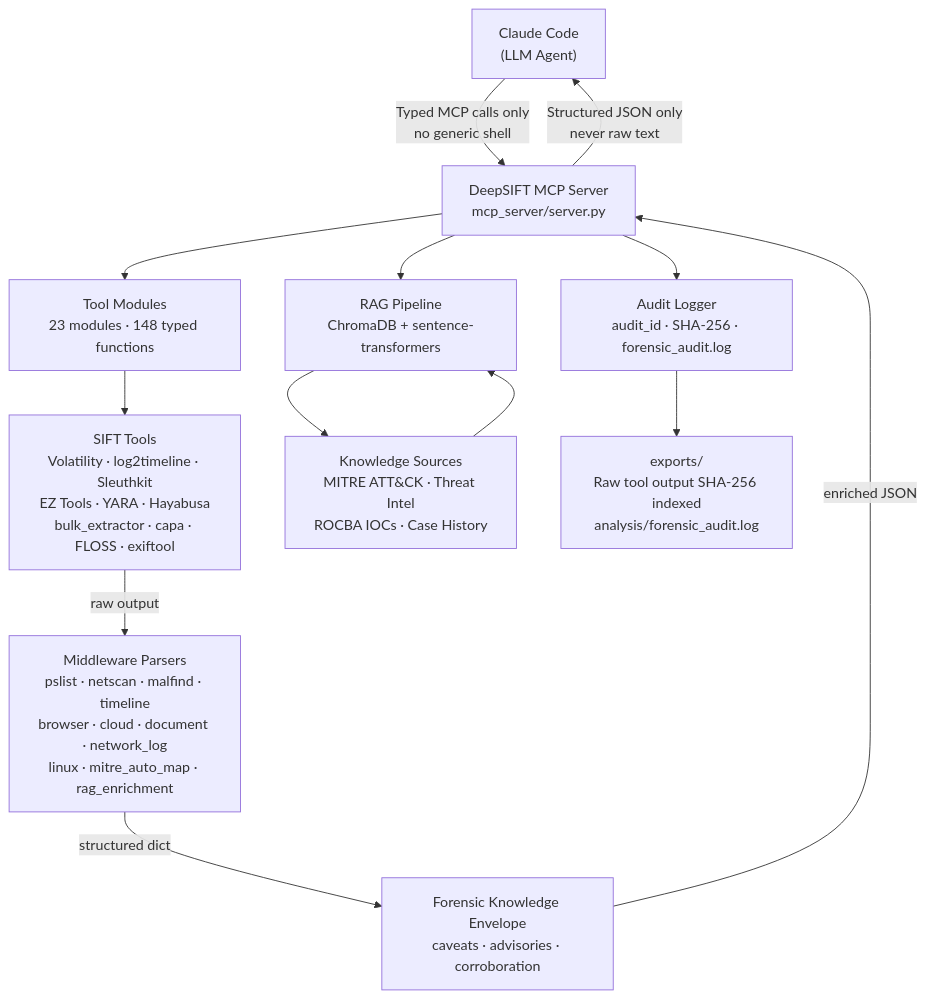
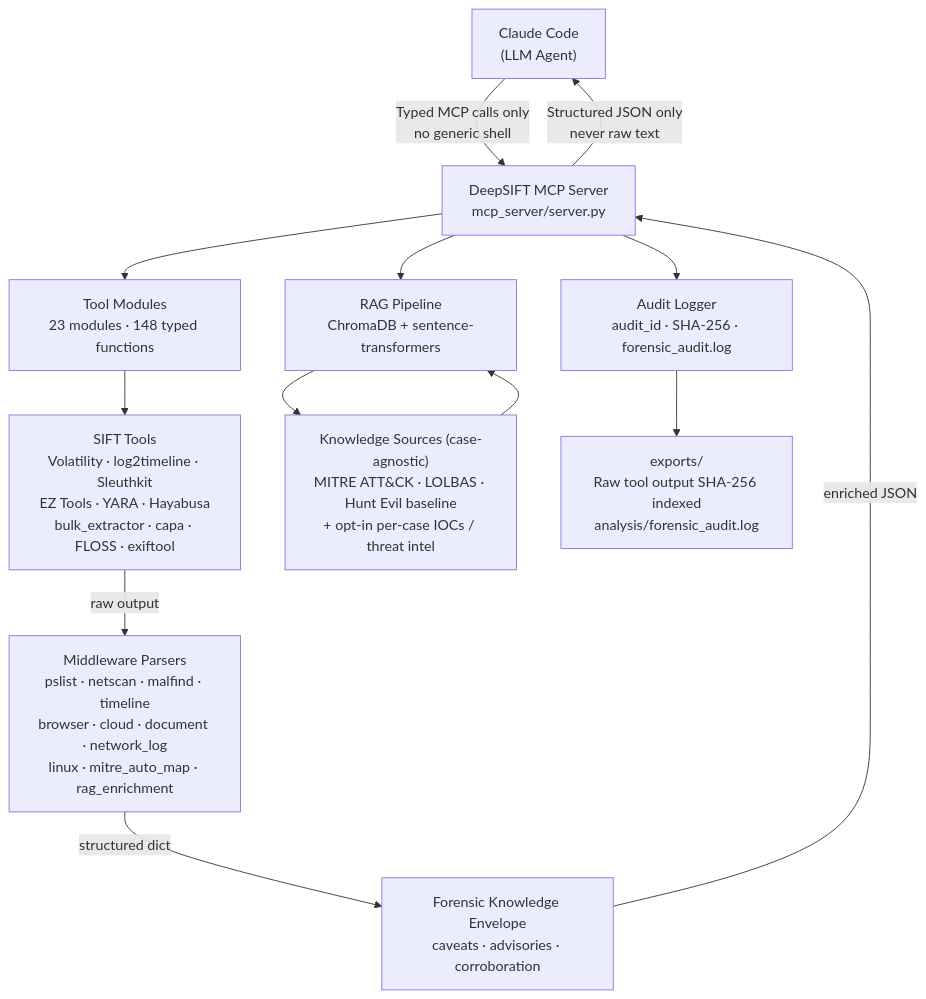
Before and after one commit to ahammadshawki8/DeepSIFT: the first of 4 diagrams in README.md, drawn with Mermaid. The commit also changed other lines of this file and 19 other files, not shown here.

First line of the commit message:
Finalize DeepSIFT for production: case-isolated EZ Tools, dirty-hive registry parsing, case-agnostic RAG

````diff
--- a/README.md
+++ b/README.md
@@ -38,20 +44,20 @@
 ```mermaid
 flowchart TD
     A["Claude Code\n(LLM Agent)"] -->|"Typed MCP calls only\nno generic shell"| B
 
     B["DeepSIFT MCP Server\nmcp_server/server.py"]
     B -->|"Structured JSON only\nnever raw text"| A
 
     B --> C["Tool Modules\n23 modules · 148 typed functions"]
     C --> D["SIFT Tools\nVolatility · log2timeline · Sleuthkit\nEZ Tools · YARA · Hayabusa\nbulk_extractor · capa · FLOSS · exiftool"]
     D -->|"raw output"| E["Middleware Parsers\npslist · netscan · malfind · timeline\nbrowser · cloud · document · network_log\nlinux · mitre_auto_map · rag_enrichment"]
     E -->|"structured dict"| F["Forensic Knowledge Envelope\ncaveats · advisories · corroboration"]
     F -->|"enriched JSON"| B
 
     B --> G["RAG Pipeline\nChromaDB + sentence-transformers"]
-    G --> H["Knowledge Sources\nMITRE ATT&CK · Threat Intel\nROCBA IOCs · Case History"]
+    G --> H["Knowledge Sources (case-agnostic)\nMITRE ATT&CK · LOLBAS · Hunt Evil baseline\n+ opt-in per-case IOCs / threat intel"]
     H --> G
 
     B --> I["Audit Logger\naudit_id · SHA-256 · forensic_audit.log"]
     I --> J["exports/\nRaw tool output SHA-256 indexed\nanalysis/forensic_audit.log"]
 ```
````
